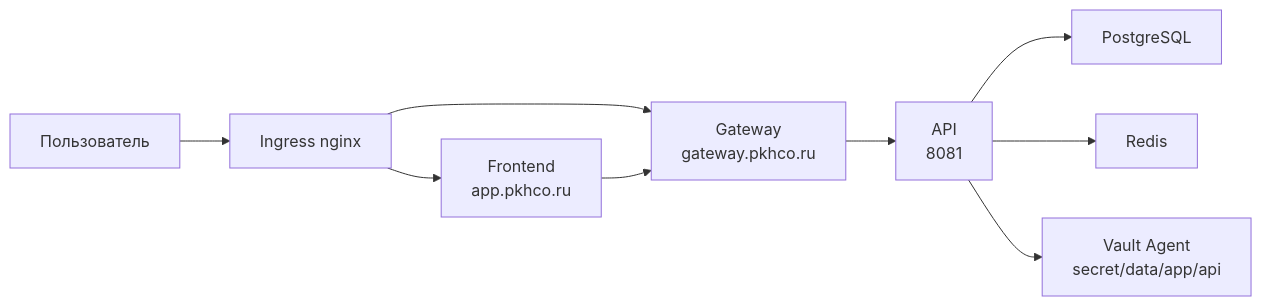
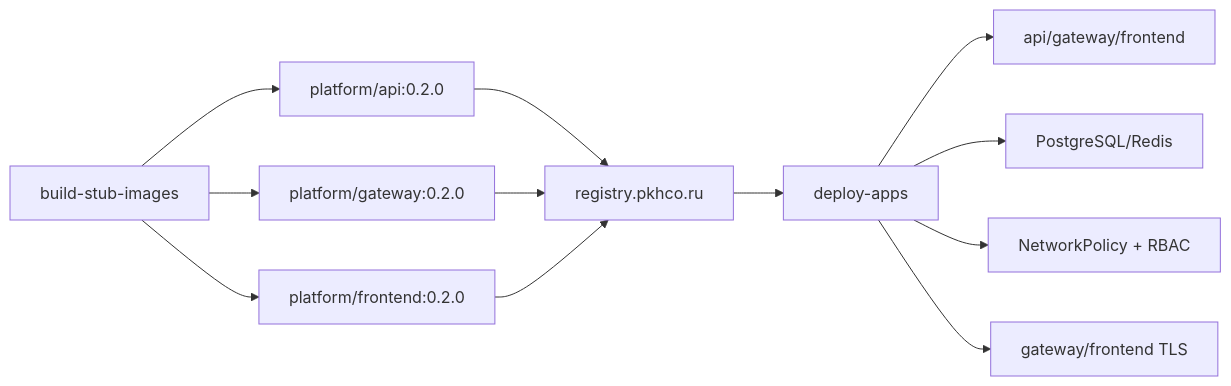
One commit to BryanskPartizan/mdp-deployment-kit changed the diagram in execution-log/07-application-contour.md. Above: the diagram before and after it, drawn with Mermaid. The commit also changed other lines of this file and 20 other files, not shown here.

Commit message:
Fix Mermaid diagrams in project documentation

````diff
--- a/execution-log/07-application-contour.md
+++ b/execution-log/07-application-contour.md
@@ -92,11 +267,14 @@
 ```mermaid
 flowchart LR
-    USER[Пользователь] --> INGRESS[Ingress nginx]
-    INGRESS --> FRONT[Frontend<br/>app.pkhco.ru]
-    INGRESS --> GATE[Gateway<br/>gateway.pkhco.ru]
-    FRONT --> GATE
-    GATE --> API[API<br/>8081]
-    API --> PG[PostgreSQL]
-    API --> REDIS[Redis]
-    API --> VAULT[Vault Agent<br/>secret/data/app/api]
+    B[build-stub-images] --> APIIMG[platform/api:0.2.0]
+    B --> GWIMG[platform/gateway:0.2.0]
+    B --> FEIMG[platform/frontend:0.2.0]
+    APIIMG --> REG[registry.pkhco.ru]
+    GWIMG --> REG
+    FEIMG --> REG
+    REG --> DEP[deploy-apps]
+    DEP --> APP[api/gateway/frontend]
+    DEP --> DATA[PostgreSQL/Redis]
+    DEP --> NP[NetworkPolicy + RBAC]
+    DEP --> TLS[gateway/frontend TLS]
 ```
````
